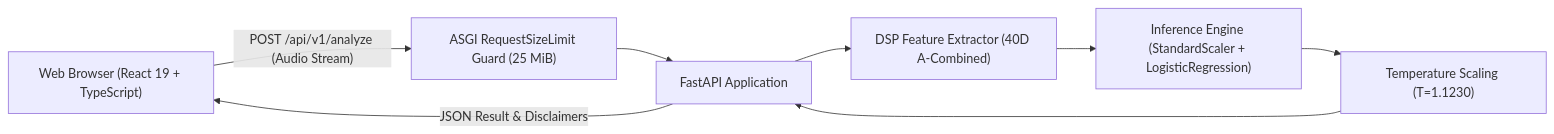
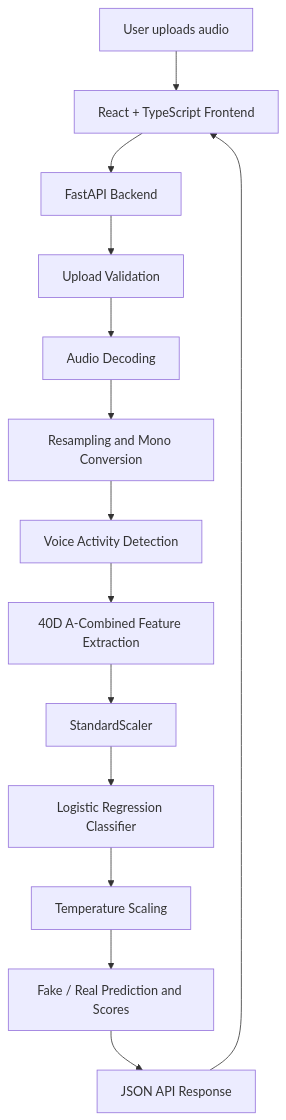
One commit to vardhan-kadali/SYNORA changed the diagram in README.md. Above: the diagram before and after it, drawn with Mermaid. The commit also changed other lines of this file, not shown here.

````diff
--- a/README.md
+++ b/README.md
@@ -24,10 +89,16 @@
 ```mermaid
-flowchart LR
-    A["Web Browser (React 19 + TypeScript)"] -->|"POST /api/v1/analyze (Audio Stream)"| B["ASGI RequestSizeLimit Guard (25 MiB)"]
-    B --> C["FastAPI Application"]
-    C --> D["DSP Feature Extractor (40D A-Combined)"]
-    D --> E["Inference Engine (StandardScaler + LogisticRegression)"]
-    E --> F["Temperature Scaling (T=1.1230)"]
-    F --> C
-    C -->|"JSON Result & Disclaimers"| A
+flowchart TD
+    A["User uploads audio"] --> B["React + TypeScript Frontend"]
+    B --> C["FastAPI Backend"]
+    C --> D["Upload Validation"]
+    D --> E["Audio Decoding"]
+    E --> F["Resampling and Mono Conversion"]
+    F --> G["Voice Activity Detection"]
+    G --> H["40D A-Combined Feature Extraction"]
+    H --> I["StandardScaler"]
+    I --> J["Logistic Regression Classifier"]
+    J --> K["Temperature Scaling"]
+    K --> L["Fake / Real Prediction and Scores"]
+    L --> M["JSON API Response"]
+    M --> B
 ```
````
